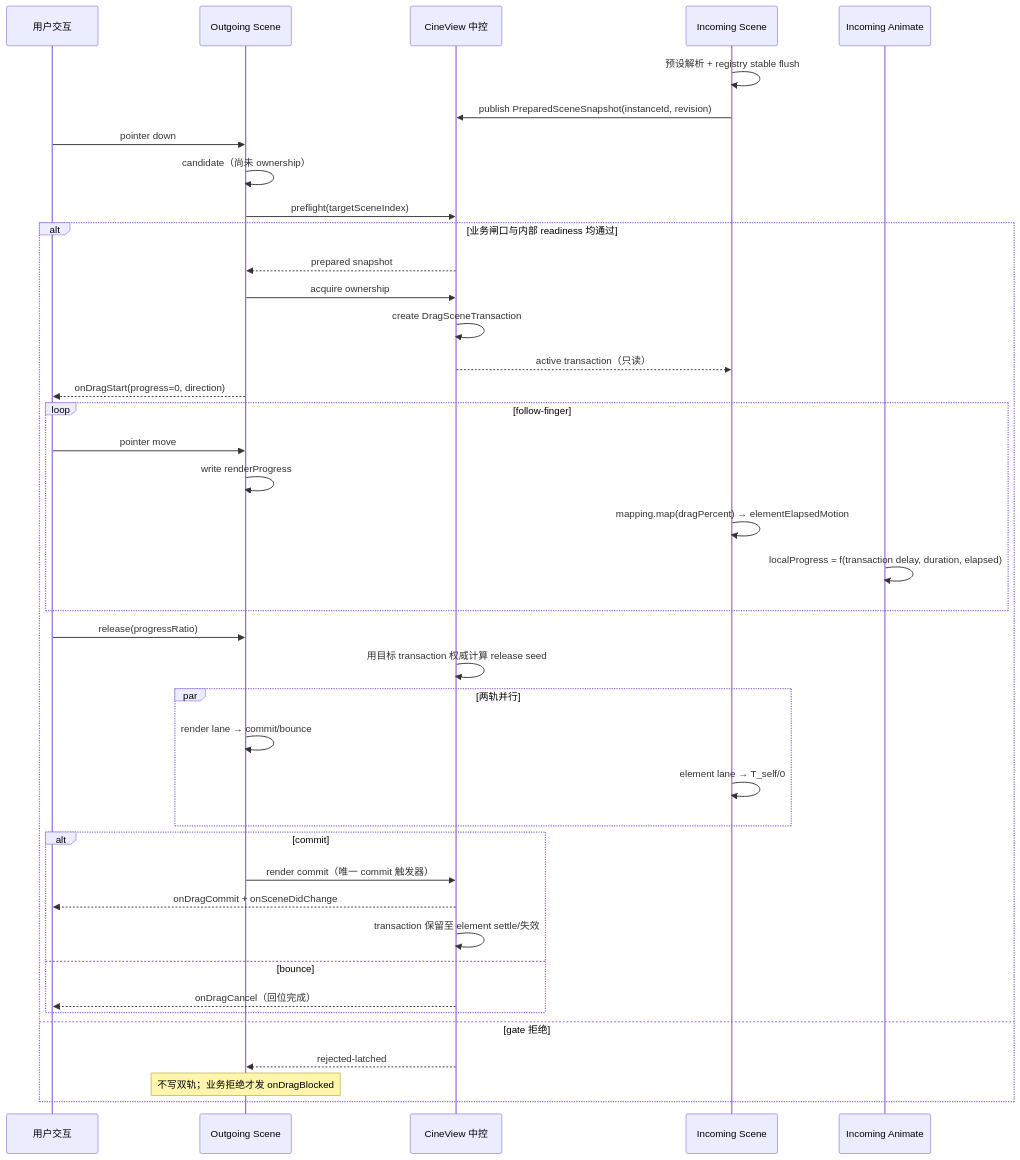
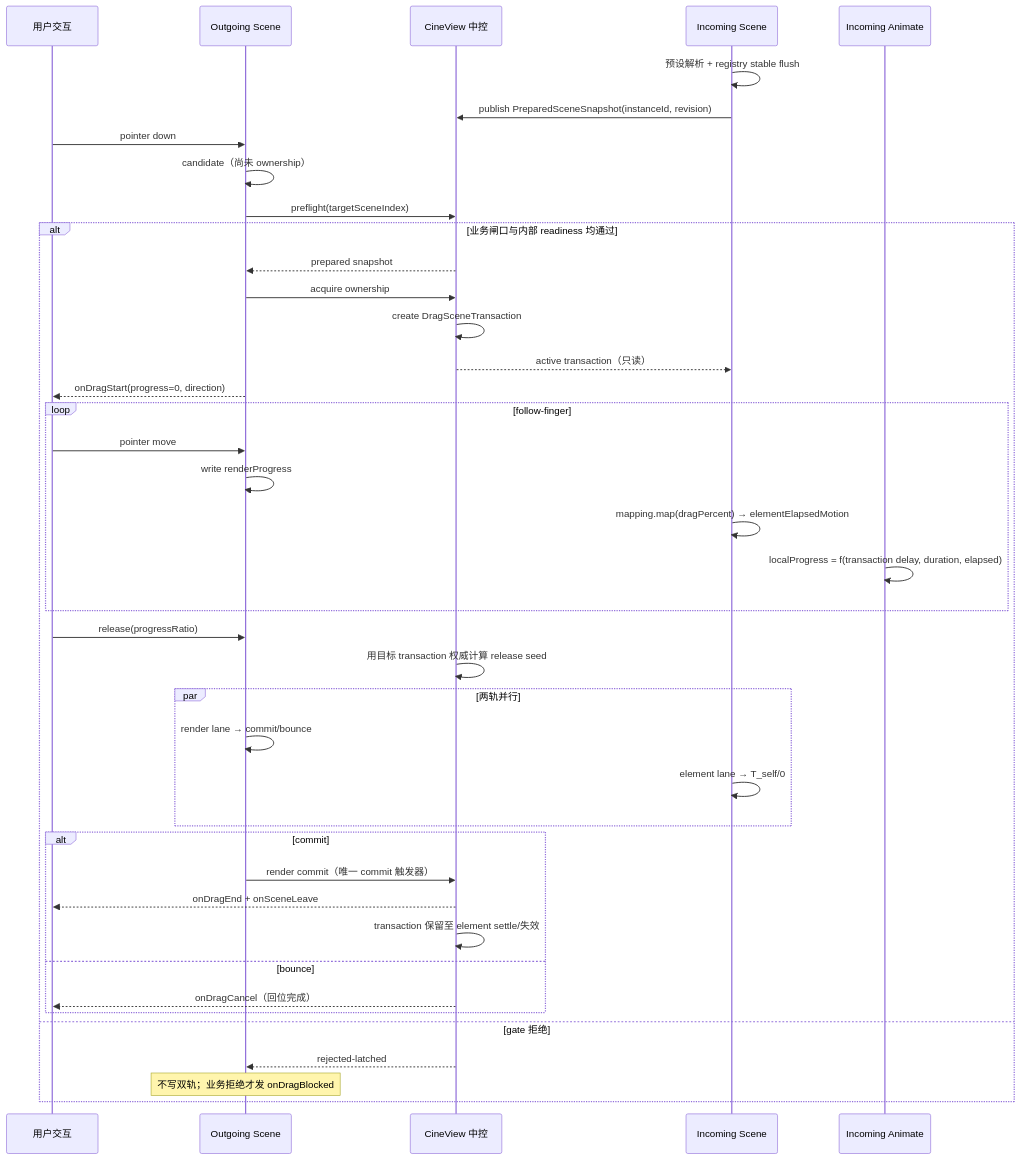
Before and after one commit to AlienMu/cineview: the third of 4 diagrams in DESIGN.md, drawn with Mermaid. The commit also changed other lines of this file and 305 other files, not shown here.

````diff
--- a/DESIGN.md
+++ b/DESIGN.md
@@ -587,44 +587,44 @@
 ```mermaid
 sequenceDiagram
     participant User as 用户交互
     participant Out as Outgoing Scene
     participant Root as CineView 中控
     participant In as Incoming Scene
     participant El as Incoming Animate
 
     In->>In: 预设解析 + registry stable flush
     In->>Root: publish PreparedSceneSnapshot(instanceId, revision)
     User->>Out: pointer down
     Out->>Out: candidate（尚未 ownership）
     Out->>Root: preflight(targetSceneIndex)
 
     alt 业务闸口与内部 readiness 均通过
         Root-->>Out: prepared snapshot
         Out->>Root: acquire ownership
         Root->>Root: create DragSceneTransaction
         Root-->>In: active transaction（只读）
         Out-->>User: onDragStart(progress=0, direction)
         loop follow-finger
             User->>Out: pointer move
             Out->>Out: write renderProgress
             In->>In: mapping.map(dragPercent) → elementElapsedMotion
             El->>El: localProgress = f(transaction delay, duration, elapsed)
         end
         User->>Out: release(progressRatio)
         Root->>Root: 用目标 transaction 权威计算 release seed
         par 两轨并行
             Out->>Out: render lane → commit/bounce
             In->>In: element lane → T_self/0
         end
         alt commit
             Out->>Root: render commit（唯一 commit 触发器）
-            Root-->>User: onDragCommit + onSceneDidChange
+            Root-->>User: onDragEnd + onSceneLeave
             Root->>Root: transaction 保留至 element settle/失效
         else bounce
             Root-->>User: onDragCancel（回位完成）
         end
     else gate 拒绝
         Root-->>Out: rejected-latched
         Note over Out: 不写双轨；业务拒绝才发 onDragBlocked
     end
 ```
````
